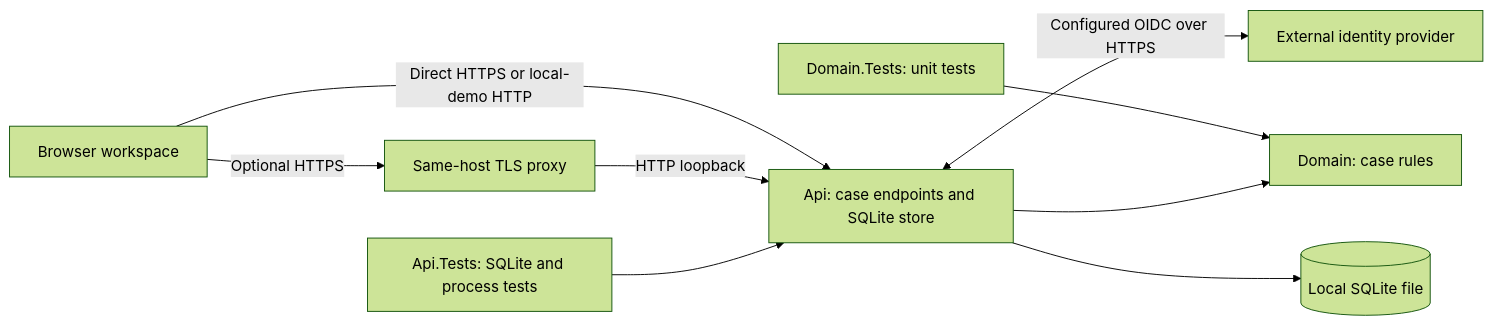
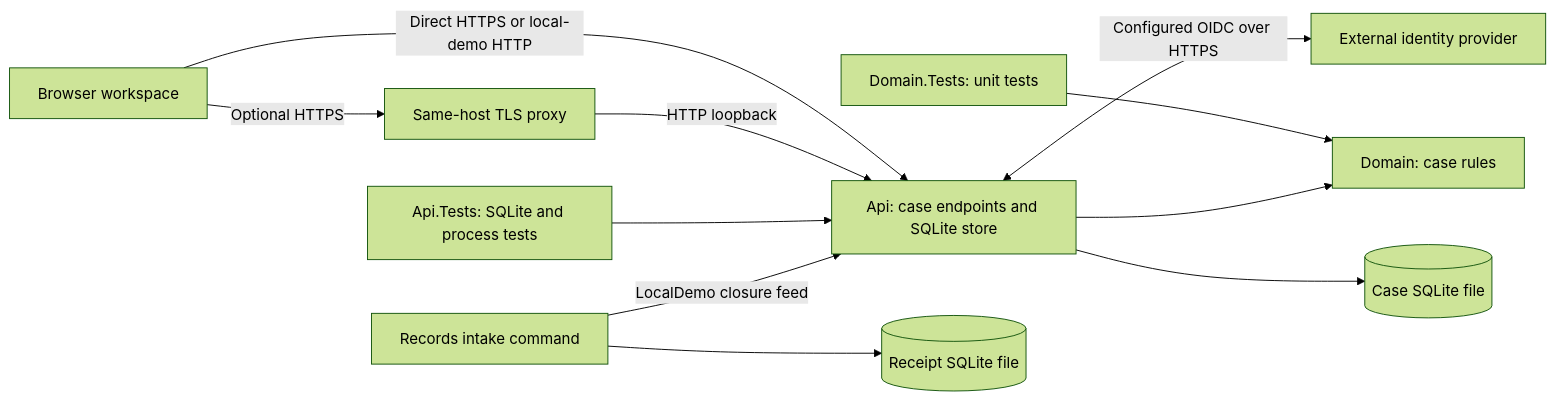
Before and after one commit to shivamchopra/enterprise-case-intelligence: the diagram in README.md, drawn with Mermaid (forest theme). The commit also changed other lines of this file and 3 other files, not shown here.

Commit message:
Consolidate the release roadmap and rehearse a case from creation to receipt

````diff
--- a/README.md
+++ b/README.md
@@ -69,11 +71,13 @@
 ```mermaid
 flowchart LR
     Browser[Browser workspace] -->|Direct HTTPS or local-demo HTTP| Api
     Browser -->|Optional HTTPS| Proxy[Same-host TLS proxy]
     Proxy -->|HTTP loopback| Api
     Api <-->|Configured OIDC over HTTPS| Identity[External identity provider]
     ApiTests[Api.Tests: SQLite and process tests] --> Api[Api: case endpoints and SQLite store]
     DomainTests[Domain.Tests: unit tests] --> Domain[Domain: case rules]
     Api --> Domain
-    Api --> Database[(Local SQLite file)]
+    Api --> Database[(Case SQLite file)]
+    Intake[Records intake command] -->|LocalDemo closure feed| Api
+    Intake --> Receipts[(Receipt SQLite file)]
 ```
````
